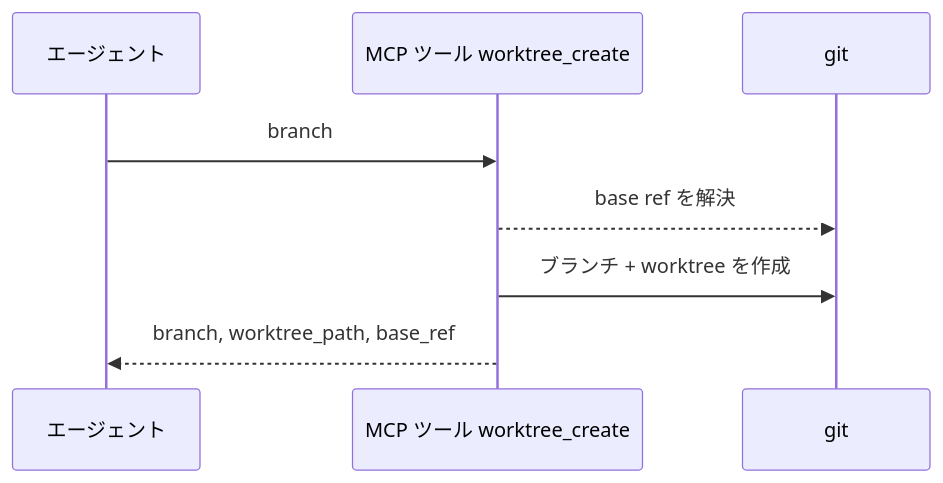
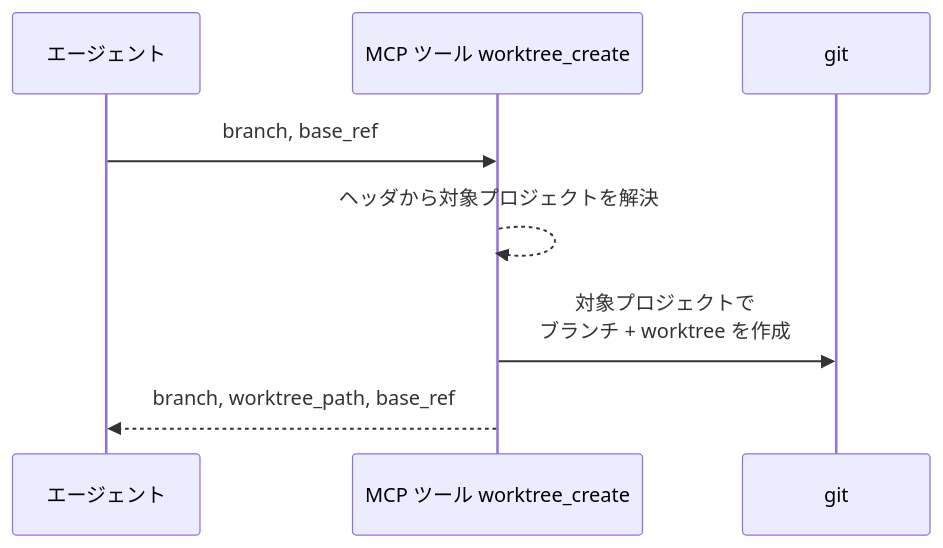
Before and after one commit to shuhei1101/ai-monitor: the first of 4 diagrams in docs/wiki/設計図/バックエンド結合/worktree作成.py.md, drawn with Mermaid. The commit also changed other lines of this file and 12 other files, not shown here.

````diff
--- a/docs/wiki/設計図/バックエンド結合/worktree作成.py.md
+++ b/docs/wiki/設計図/バックエンド結合/worktree作成.py.md
@@ -73,11 +82,11 @@
 ```mermaid
 sequenceDiagram
   participant A as エージェント
   participant T as MCP ツール worktree_create
   participant G as git
 
-  A->>T: branch
-  T-->>G: base ref を解決
-  T->>G: ブランチ + worktree を作成
+  A->>T: branch, base_ref
+  T-->>T: ヘッダから対象プロジェクトを解決
+  T->>G: 対象プロジェクトで<br>ブランチ + worktree を作成
   T-->>A: branch, worktree_path, base_ref
 ```
````
